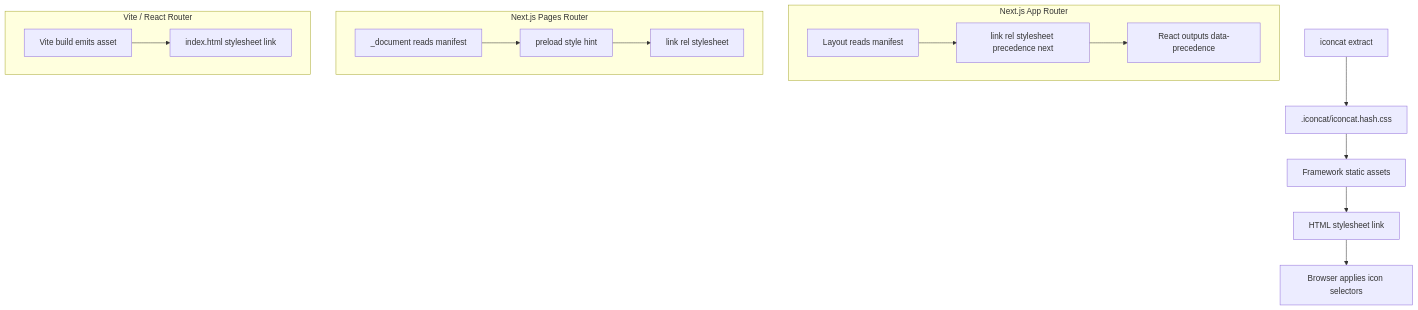
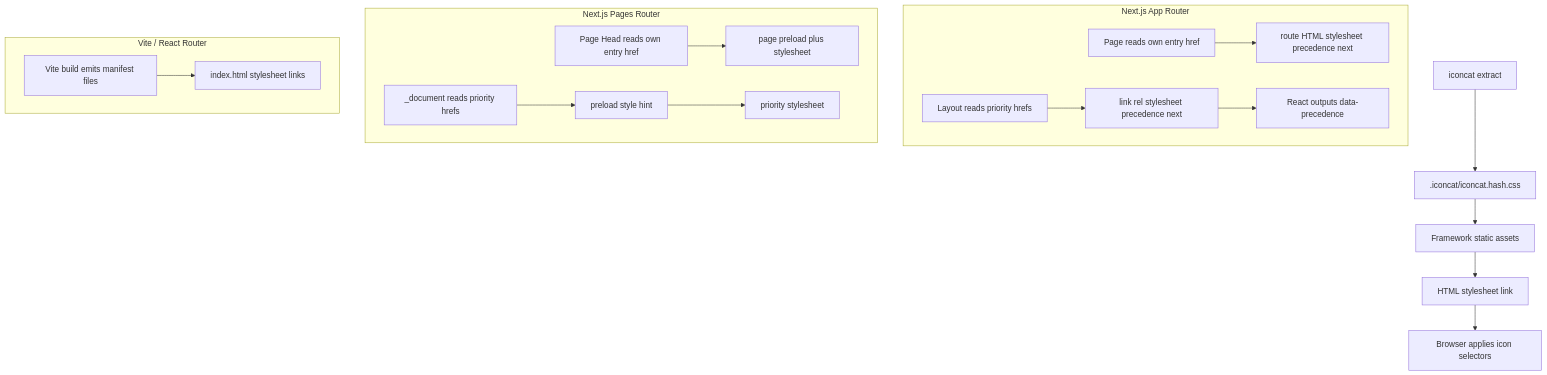
The seventh of 7 diagrams in docs/iconcat-flow.md (yunsii/tailwindcss-plugin-iconify), drawn with Mermaid before and after one commit. The commit also changed other lines of this file and 43 other files, not shown here.

First line of the commit message:
✨ feat(iconcat): 支持全局图标 CSS catalog 注入

````diff
--- a/docs/iconcat-flow.md
+++ b/docs/iconcat-flow.md
@@ -228,21 +351,23 @@
 ```mermaid
 flowchart TD
   A[iconcat extract] --> B[.iconcat/iconcat.hash.css]
   B --> C[Framework static assets]
   C --> D[HTML stylesheet link]
   D --> E[Browser applies icon selectors]
 
   subgraph NextApp[Next.js App Router]
-    NA[Layout reads manifest] --> NB[link rel stylesheet precedence next]
+    NA[Layout reads priority hrefs] --> NB[link rel stylesheet precedence next]
+    ND[Page reads own entry href] --> NE[route HTML stylesheet precedence next]
     NB --> NC[React outputs data-precedence]
   end
 
   subgraph NextPages[Next.js Pages Router]
-    NP[_document reads manifest] --> NQ[preload style hint]
-    NQ --> NR[link rel stylesheet]
+    NP[_document reads priority hrefs] --> NQ[preload style hint]
+    NS[Page Head reads own entry href] --> NT[page preload plus stylesheet]
+    NQ --> NR[priority stylesheet]
   end
 
   subgraph Vite[Vite / React Router]
-    VA[Vite build emits asset] --> VB[index.html stylesheet link]
+    VA[Vite build emits manifest files] --> VB[index.html stylesheet links]
   end
 ```
````
